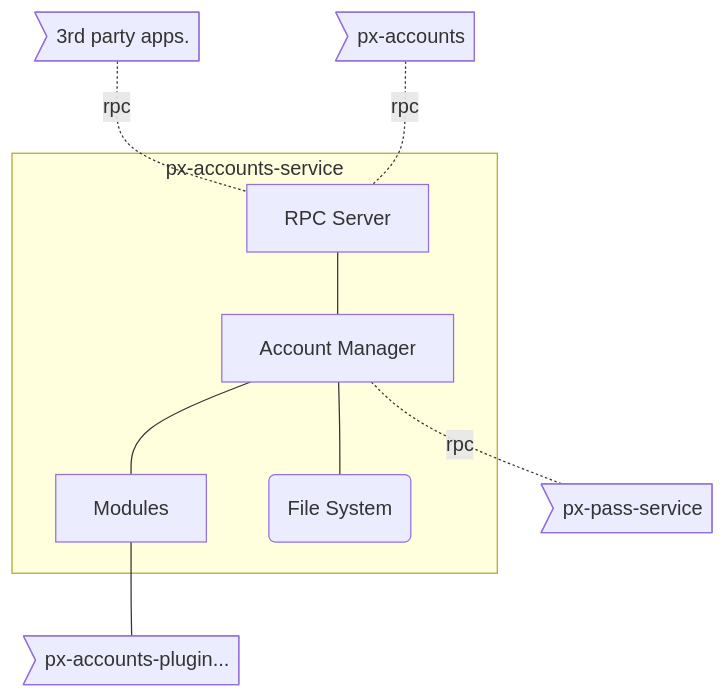
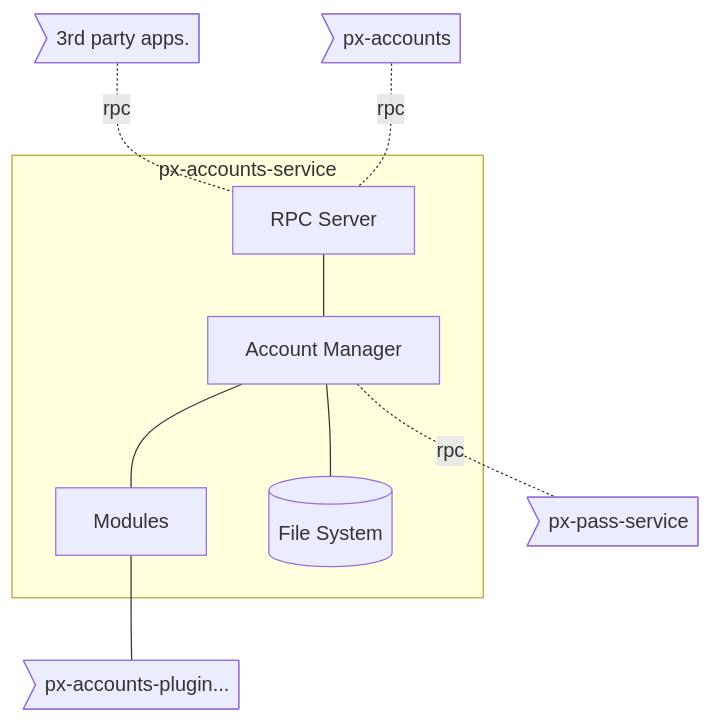
One commit to PantherXOS/px-accounts-service changed the second of 2 diagrams in README.md. Above: the diagram before and after it, drawn with Mermaid. The commit also changed other lines of this file and 10 other files, not shown here.

````diff
--- a/README.md
+++ b/README.md
@@ -159,22 +159,22 @@
 ```mermaid
 graph TD;
 APP>3rd party apps.]
 CMD>px-accounts]
 PAS>px-pass-service]
 PLG>px-accounts-plugin...]
 RPC[RPC Server]
 ACT[Account Manager]
 MOD[Modules]
-FS(File System)
+FS[(File System)]
   
 subgraph px-accounts-service
 ACT --- FS
 RPC --- ACT
 ACT --- MOD
 end
 
 APP -.- |rpc| RPC
 CMD -.- |rpc| RPC
 MOD --- PLG
 ACT -.- |rpc| PAS
 ```
````
